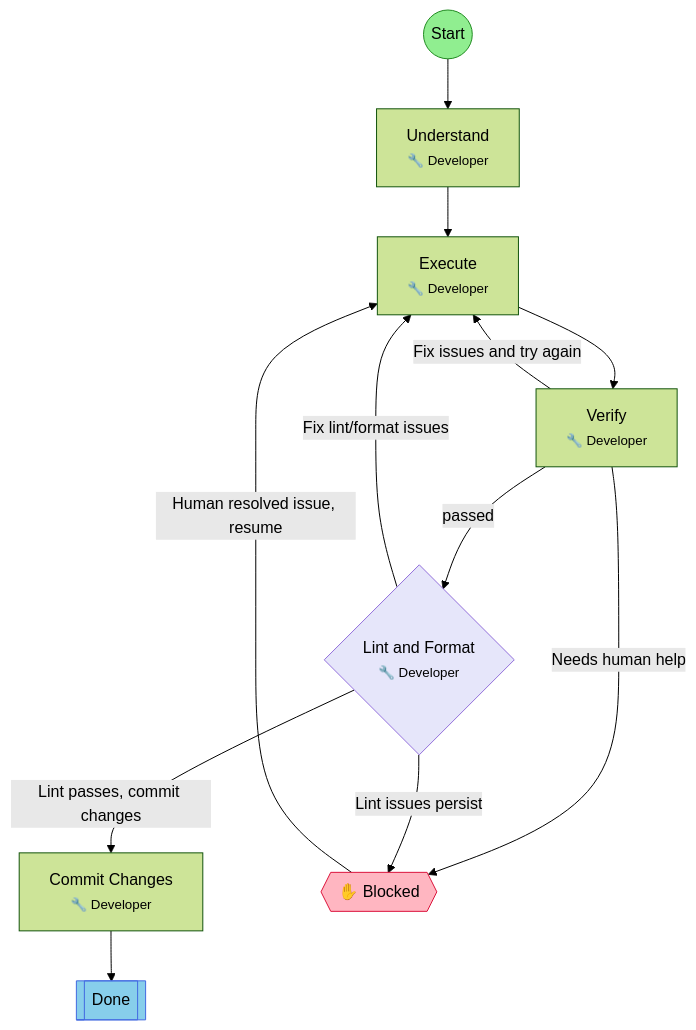
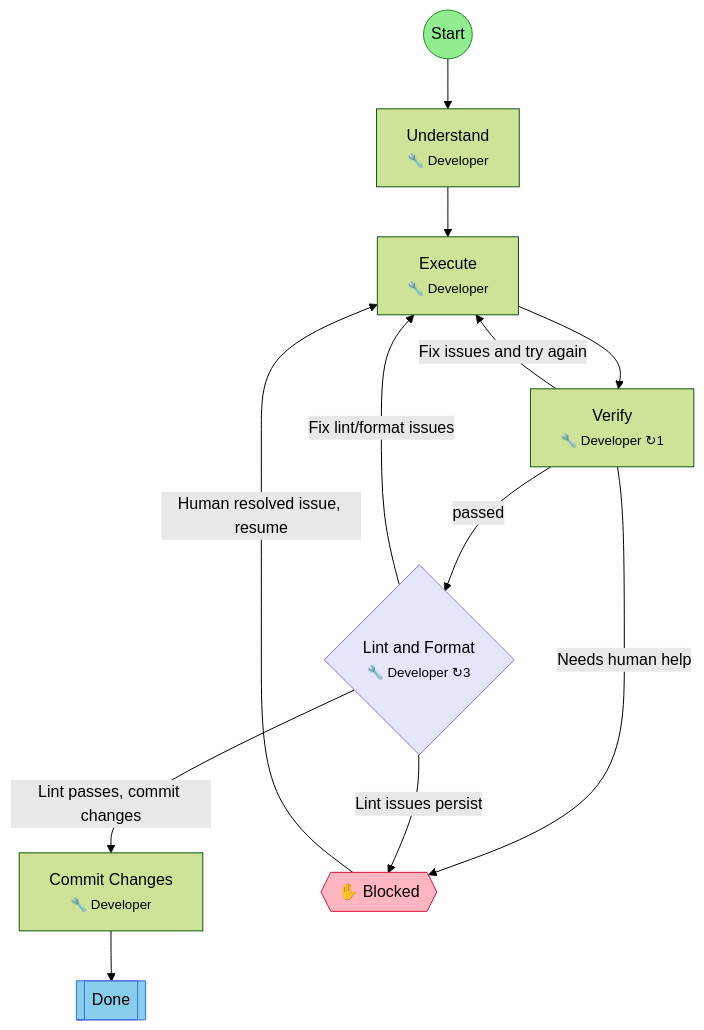
One commit to leclabs/agent-toolkit changed the diagram in .flow/diagrams/quick-task.md. Above: the diagram before and after it, drawn with Mermaid (forest theme). The commit also changed other lines of this file and 114 other files, not shown here.

````diff
--- a/.flow/diagrams/quick-task.md
+++ b/.flow/diagrams/quick-task.md
@@ -7,34 +7,34 @@
 ```mermaid
 flowchart TD
     start(("Start"))
     understand["Understand<br/><small>🔧 Developer</small>"]
     execute["Execute<br/><small>🔧 Developer</small>"]
-    verify["Verify<br/><small>🔧 Developer</small>"]
-    lint_format{"Lint and Format<br/><small>🔧 Developer</small>"}
+    verify["Verify<br/><small>🔧 Developer ↻1</small>"]
+    lint_format{"Lint and Format<br/><small>🔧 Developer ↻3</small>"}
     commit["Commit Changes<br/><small>🔧 Developer</small>"]
     end_success[["Done"]]
     hitl_blocked{{"✋ Blocked"}}
 
     start --> understand
     understand --> execute
     execute --> verify
     verify -->|passed| lint_format
     verify -->|Fix issues and try again| execute
     verify -->|Needs human help| hitl_blocked
     lint_format -->|Lint passes, commit changes| commit
     lint_format -->|Fix lint/format issues| execute
     lint_format -->|Lint issues persist| hitl_blocked
     commit --> end_success
     hitl_blocked -->|Human resolved issue, resume| execute
 
     classDef startStep fill:#90EE90,stroke:#228B22
     classDef successStep fill:#87CEEB,stroke:#4169E1
     classDef hitlStep fill:#FFB6C1,stroke:#DC143C
     classDef gateStep fill:#E6E6FA,stroke:#9370DB
     classDef forkJoinStep fill:#FFEAA7,stroke:#FDCB6E
     classDef currentStep fill:#FFD700,stroke:#FF8C00,stroke-width:3px
     class start startStep
     class end_success successStep
     class hitl_blocked hitlStep
     class lint_format gateStep
 ```
````
